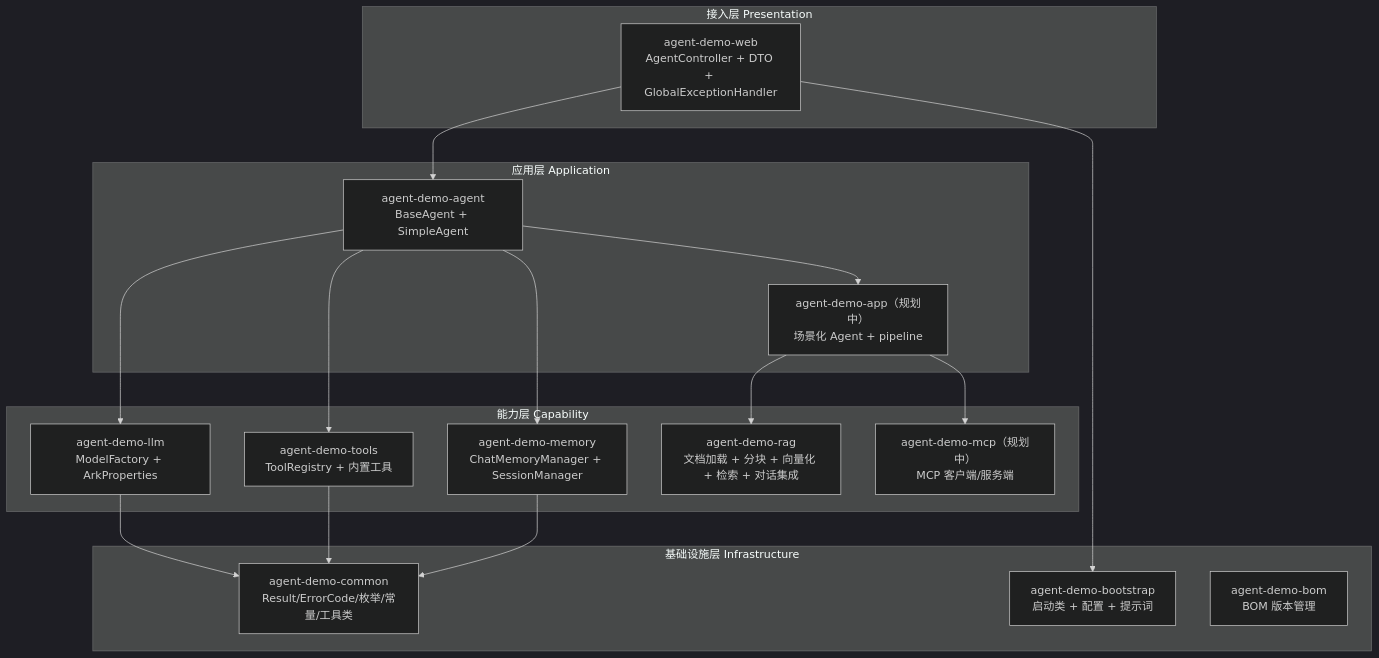
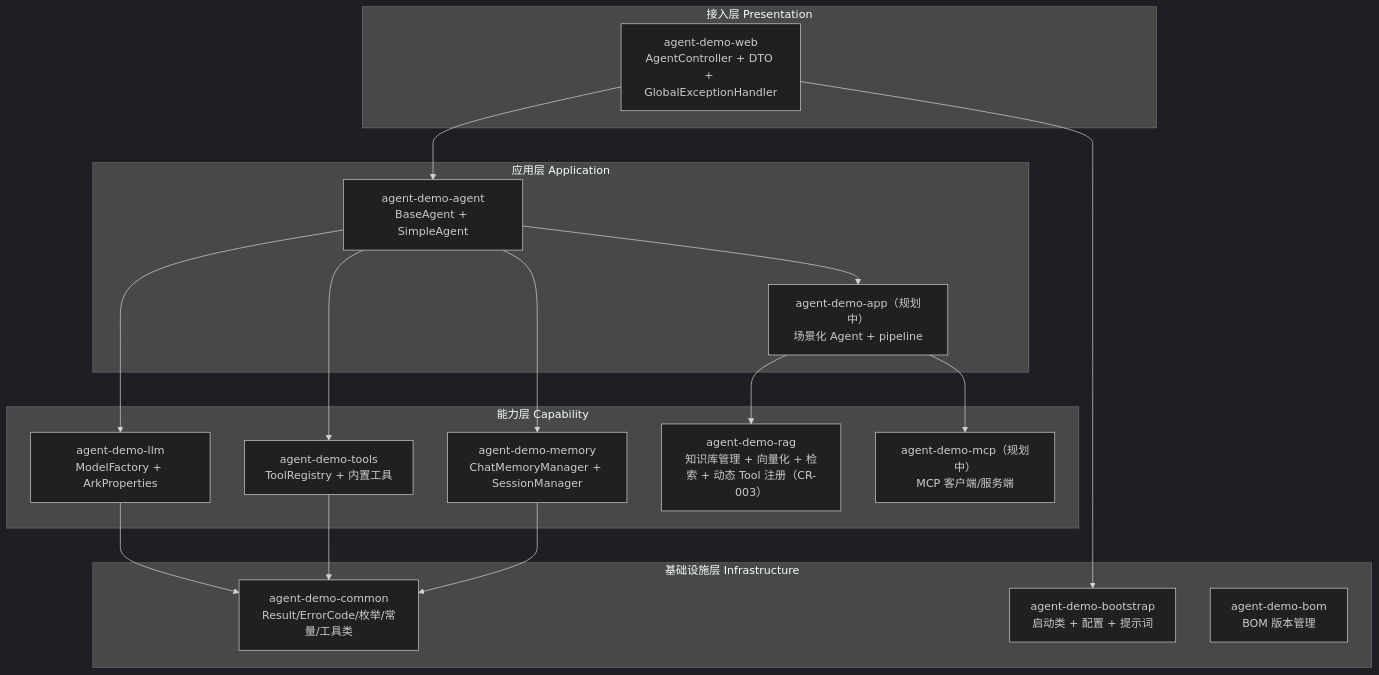
One commit to zxchengQQ/agent_demo changed the fourth of 10 diagrams in specs/技术架构文档-TOGAF.md. Above: the diagram before and after it, drawn with Mermaid (dark theme). The commit also changed other lines of this file and 32 other files, not shown here.

First line of the commit message:
feat(rag): 新增PDF图片提取与描述生成功能

````diff
--- a/specs/技术架构文档-TOGAF.md
+++ b/specs/技术架构文档-TOGAF.md
@@ -158,37 +158,37 @@
 ```mermaid
 graph TD
     subgraph "接入层 Presentation"
         A["agent-demo-web<br/>AgentController + DTO + GlobalExceptionHandler"]
     end
 
     subgraph "应用层 Application"
         B["agent-demo-agent<br/>BaseAgent + SimpleAgent"]
         C["agent-demo-app（规划中）<br/>场景化 Agent + pipeline"]
     end
 
     subgraph "能力层 Capability"
         D["agent-demo-llm<br/>ModelFactory + ArkProperties"]
         E["agent-demo-tools<br/>ToolRegistry + 内置工具"]
         F["agent-demo-memory<br/>ChatMemoryManager + SessionManager"]
-        G["agent-demo-rag<br/>文档加载 + 分块 + 向量化 + 检索 + 对话集成"]
+        G["agent-demo-rag<br/>知识库管理 + 向量化 + 检索 + 动态 Tool 注册（CR-003）"]
         H["agent-demo-mcp（规划中）<br/>MCP 客户端/服务端"]
     end
 
     subgraph "基础设施层 Infrastructure"
         I["agent-demo-common<br/>Result/ErrorCode/枚举/常量/工具类"]
         J["agent-demo-bootstrap<br/>启动类 + 配置 + 提示词"]
         K["agent-demo-bom<br/>BOM 版本管理"]
     end
 
     A --> B
     B --> D
     B --> E
     B --> F
     B --> C
     C --> G
     C --> H
     D --> I
     E --> I
     F --> I
     A --> J
 ```
````
